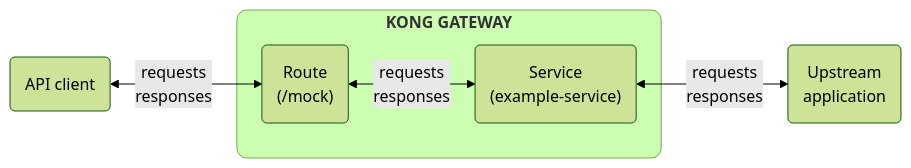
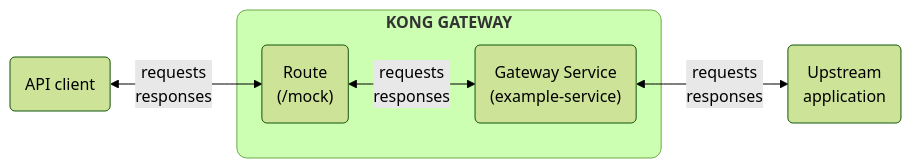
Before and after one commit to Kong/developer.konghq.com: the diagram in app/_gateway_entities/service.md, drawn with Mermaid (forest theme). The commit also changed other lines of this file and 5 other files, not shown here.

```diff
--- a/app/_gateway_entities/service.md
+++ b/app/_gateway_entities/service.md
@@ -38,23 +55,23 @@
 {% mermaid %}
 flowchart LR
   A(API client)
   B("`Route 
   (/mock)`")
-  C("`Service
+  C("`Gateway Service
   (example-service)`")
   D(Upstream 
   application)
   
   A <--requests
   responses--> B
   subgraph id1 ["`
   **KONG GATEWAY**`"]
     B <--requests
     responses--> C
   end
   C <--requests
   responses--> D
 
   style id1 rx:10,ry:10
   
 {% endmermaid %}
```
